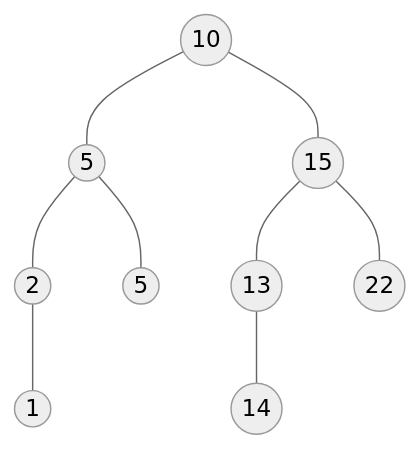
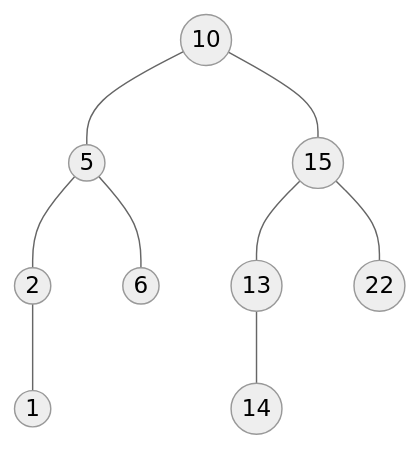
One commit to tigerfanxiao/dev_notes changed the diagram in Algorithms/AlgoExpert/BST Binary Search Tree Construction.md. Above: the diagram before and after it, drawn with Mermaid (neutral theme). The commit also changed other lines of this file and 1 other file, not shown here.

````diff
--- a/Algorithms/AlgoExpert/BST Binary Search Tree Construction.md
+++ b/Algorithms/AlgoExpert/BST Binary Search Tree Construction.md
@@ -9,13 +8,13 @@
 ```mermaid
 graph TD
 	root((10)) --- l1_1((5))
 	root((10)) --- l1_2((15))
 	l1_1((5))  --- l2_1((2))
-	l1_1((5)) --- l2_2((5))
+	l1_1((5)) --- l2_2((6))
 	l1_2((15)) --- l2_3((13))
 	l1_2((15)) --- l2_4((22))
 	l2_1((2)) --- l3_1((1))
 	l2_3((13)) --- l3_2((14))
 	
 
 ```
````
